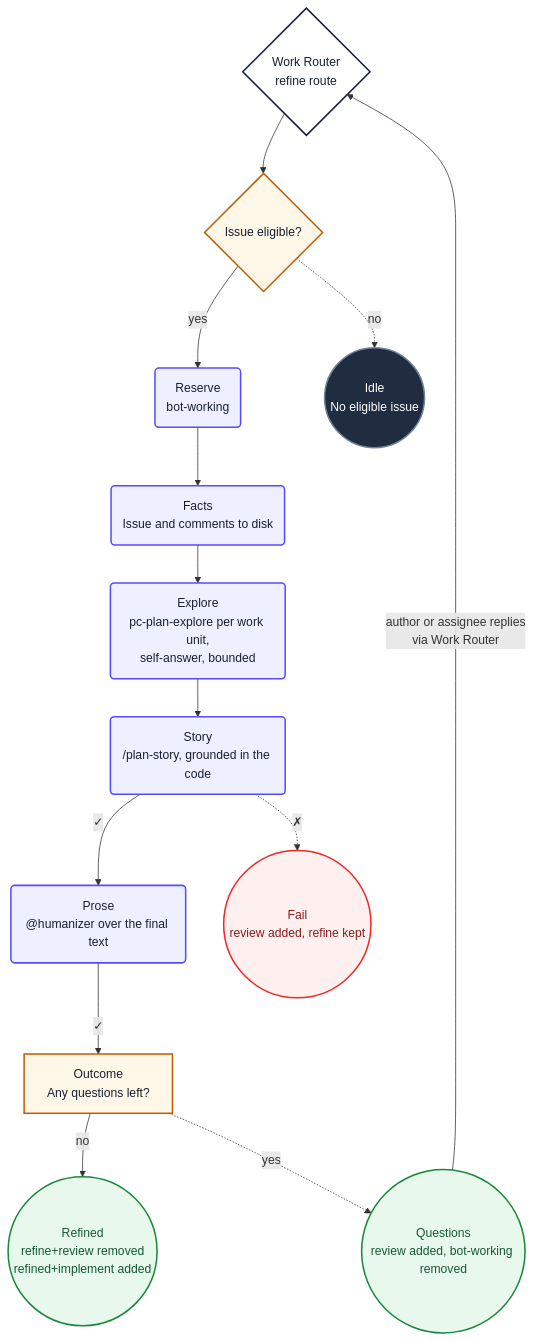
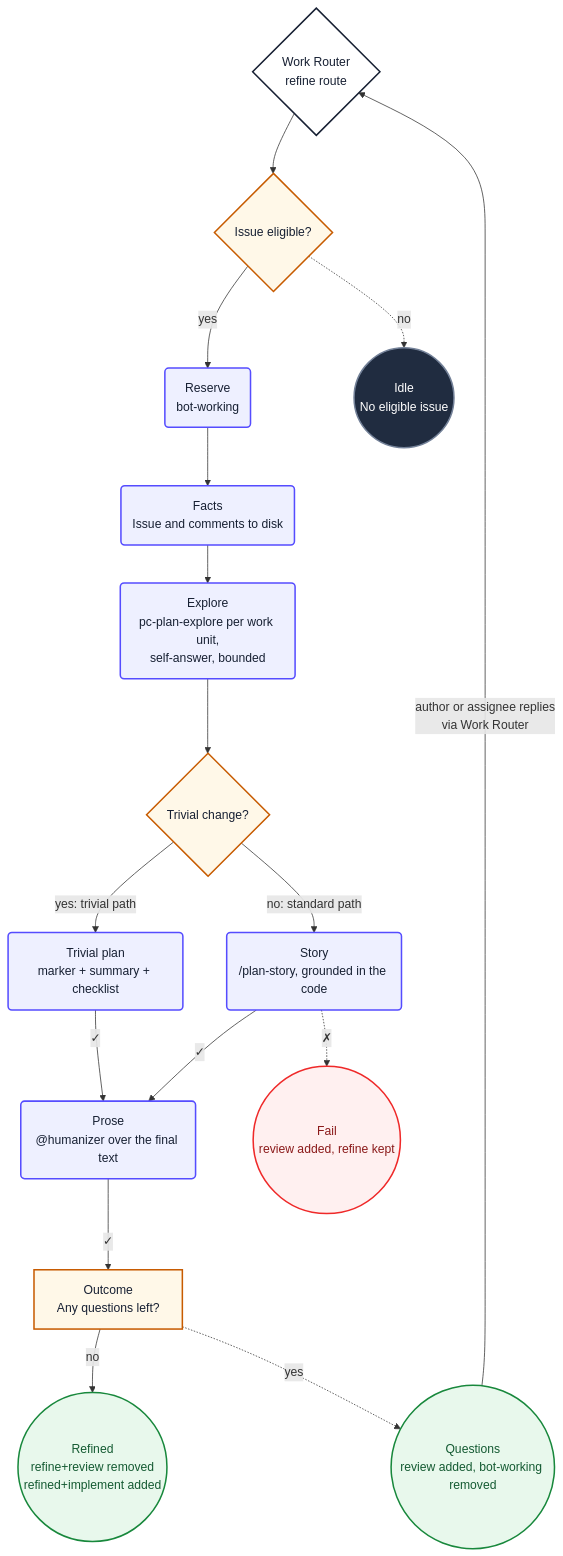
The diagram in cli/loops/workflows/agent-refine.md (PlainConceptsPlatform/Agentic-Workflows), drawn with Mermaid before and after one commit. The commit also changed other lines of this file and 21 other files, not shown here.

````diff
--- a/cli/loops/workflows/agent-refine.md
+++ b/cli/loops/workflows/agent-refine.md
@@ -347,33 +382,37 @@
 ```mermaid
 flowchart TD
     refStart{"Work Router<br/>refine route"} --> refPick
     refPick{"Issue eligible?"} -->|yes| refReserve
     refPick -.->|no| refIdle
     refReserve("Reserve<br/>bot-working") --> refFacts
     refFacts("Facts<br/>Issue and comments to disk") --> refExplore
-    refExplore("Explore<br/>pc-plan-explore per work unit,<br/>self-answer, bounded") --> refStory
+    refExplore("Explore<br/>pc-plan-explore per work unit,<br/>self-answer, bounded") --> refClassify
+    refClassify{"Trivial change?"}
+    refClassify -->|yes: trivial path| refTrivial
+    refClassify -->|no: standard path| refStory
+    refTrivial("Trivial plan<br/>marker + summary + checklist") -->|✓| refProse
     refStory("Story<br/>/plan-story, grounded in the code") -->|✓| refProse
     refStory -.->|✗| refFail
     refProse("Prose<br/>@humanizer over the final text") -->|✓| refOutcome
     refOutcome["Outcome<br/>Any questions left?"] -->|no| refDone
     refOutcome -.->|yes| refAsk
     refDone(("Refined<br/>refine+review removed<br/>refined+implement added"))
     refAsk(("Questions<br/>review added, bot-working removed"))
     refAsk -->|author or assignee replies<br/>via Work Router| refStart
     refIdle(("Idle<br/>No eligible issue"))
     refFail(("Fail<br/>review added, refine kept"))
 
     classDef start fill:#ffffff,stroke:#172033,stroke-width:2px,color:#172033
     classDef action fill:#eef0ff,stroke:#554cff,stroke-width:2px,color:#172033
     classDef decision fill:#fff8e8,stroke:#c75b00,stroke-width:2px,color:#172033
     classDef idle fill:#202c40,stroke:#738198,stroke-width:2px,color:#ffffff
     classDef failure fill:#fff0f0,stroke:#ef2929,stroke-width:2px,color:#8b1a1a
     classDef success fill:#e8f8ec,stroke:#18883c,stroke-width:2px,color:#145a32
 
     class refStart start
-    class refReserve,refFacts,refExplore,refStory,refProse action
-    class refPick,refOutcome decision
+    class refReserve,refFacts,refExplore,refStory,refTrivial,refProse action
+    class refPick,refOutcome,refClassify decision
     class refIdle idle
     class refFail failure
     class refDone,refAsk success
 ```
````
